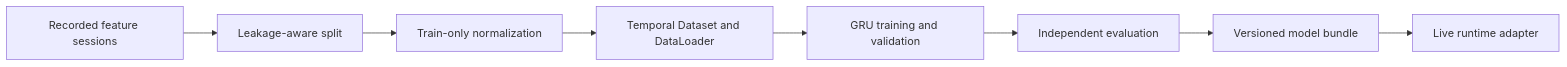
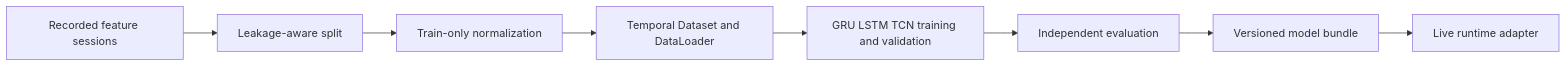
The second of 3 diagrams in docs/architecture.md (phoclosm/vigil-drowsiness-detection), drawn with Mermaid before and after one commit. The commit also changed other lines of this file and 4 other files, not shown here.

````diff
--- a/docs/architecture.md
+++ b/docs/architecture.md
@@ -63,10 +63,10 @@
 ```mermaid
 flowchart LR
     recordings[Recorded feature sessions] --> split[Leakage-aware split]
     split --> normalize[Train-only normalization]
     normalize --> windows[Temporal Dataset and DataLoader]
-    windows --> train[GRU training and validation]
+    windows --> train[GRU LSTM TCN training and validation]
     train --> evaluate[Independent evaluation]
     evaluate --> bundle[Versioned model bundle]
     bundle --> adapter[Live runtime adapter]
 ```
````
